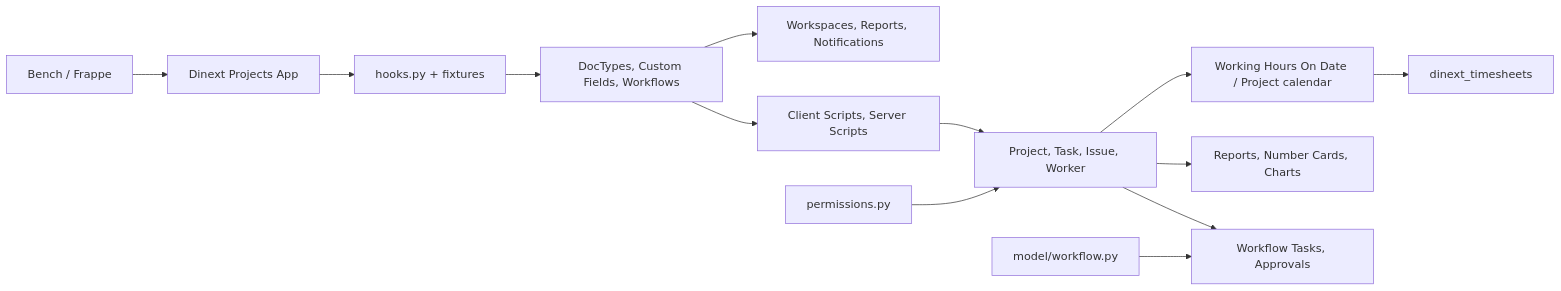
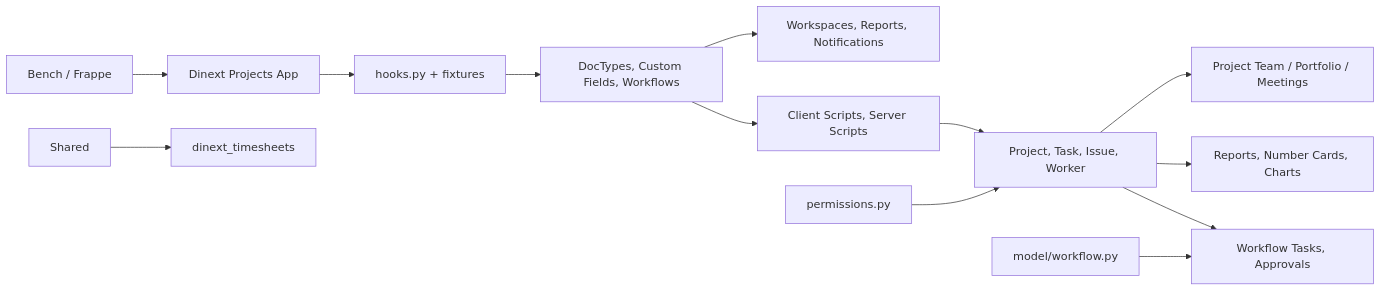
Before and after one commit to Dinext-pro/dinext-projects: the diagram in README.md, drawn with Mermaid. The commit also changed other lines of this file and 82 other files, not shown here.

````diff
--- a/README.md
+++ b/README.md
@@ -299,15 +295,15 @@
 ```mermaid
 flowchart LR
   Bench[Bench / Frappe] --> App[Dinext Projects App]
   App --> Hooks[hooks.py + fixtures]
   Hooks --> Meta[DocTypes, Custom Fields, Workflows]
   Meta --> Desk[Workspaces, Reports, Notifications]
   Meta --> Automation[Client Scripts, Server Scripts]
   Automation --> CoreDocs[Project, Task, Issue, Worker]
-  CoreDocs --> Shared[Working Hours On Date / Project calendar]
+  CoreDocs --> PM[Project Team / Portfolio / Meetings]
   Shared --> TimesheetsApp[dinext_timesheets]
   CoreDocs --> Analytics[Reports, Number Cards, Charts]
   CoreDocs --> Approval[Workflow Tasks, Approvals]
   permissions[permissions.py] --> CoreDocs
   workflow_model[model/workflow.py] --> Approval
 ```
````
